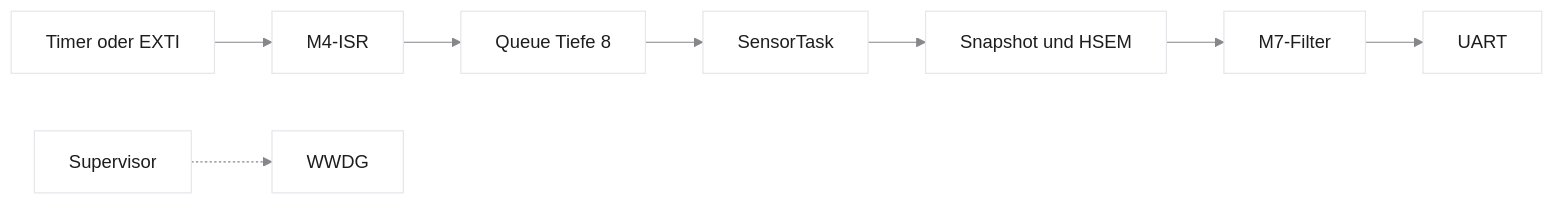
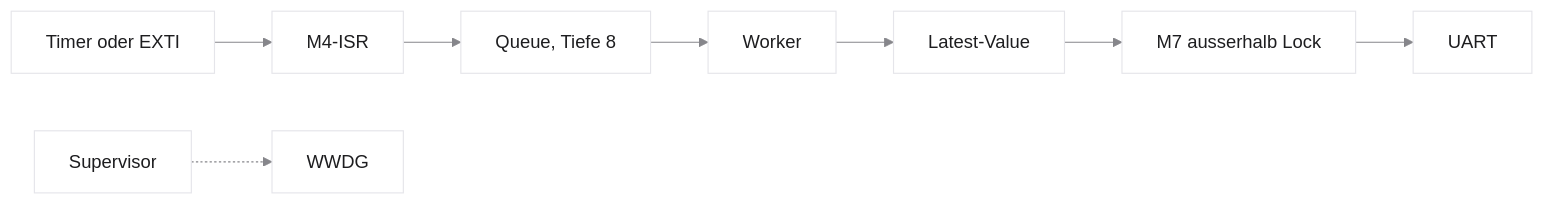
One commit to dantschi/echtzeitsysteme changed the ninth of 11 diagrams in vorlesungen/09_capstone-architekturmuster.qmd. Above: the diagram before and after it, drawn with Mermaid. The commit also changed other lines of this file, not shown here.

````diff
--- a/vorlesungen/09_capstone-architekturmuster.qmd
+++ b/vorlesungen/09_capstone-architekturmuster.qmd
@@ -344,12 +540,12 @@
 ```{mermaid}
-%%| fig-width: 6.6
+%%| fig-width: 8.8
 %%{init: {'theme': 'base', 'themeVariables': {'background': '#FFFFFF', 'primaryColor': '#FFFFFF', 'primaryBorderColor': '#E5E5EA', 'primaryTextColor': '#1D1D1F', 'lineColor': '#86868B'}}}%%
 flowchart LR
-  T[Timer oder EXTI] --> ISR[M4-ISR]
-  ISR --> Q[Queue Tiefe 8]
-  Q --> TASK[SensorTask]
-  TASK --> IPC[Snapshot und HSEM]
-  IPC --> FIL[M7-Filter]
-  FIL --> UART[UART]
-  SUP[Supervisor] -.-> WD[WWDG]
+  T["Timer oder EXTI"] --> ISR["M4-ISR"]
+  ISR --> Q["Queue, Tiefe 8"]
+  Q --> TASK["Worker"]
+  TASK --> MB["Latest-Value"]
+  MB --> FIL["M7 ausserhalb Lock"]
+  FIL --> UART["UART"]
+  SUP["Supervisor"] -.-> WD["WWDG"]
 ```
````
